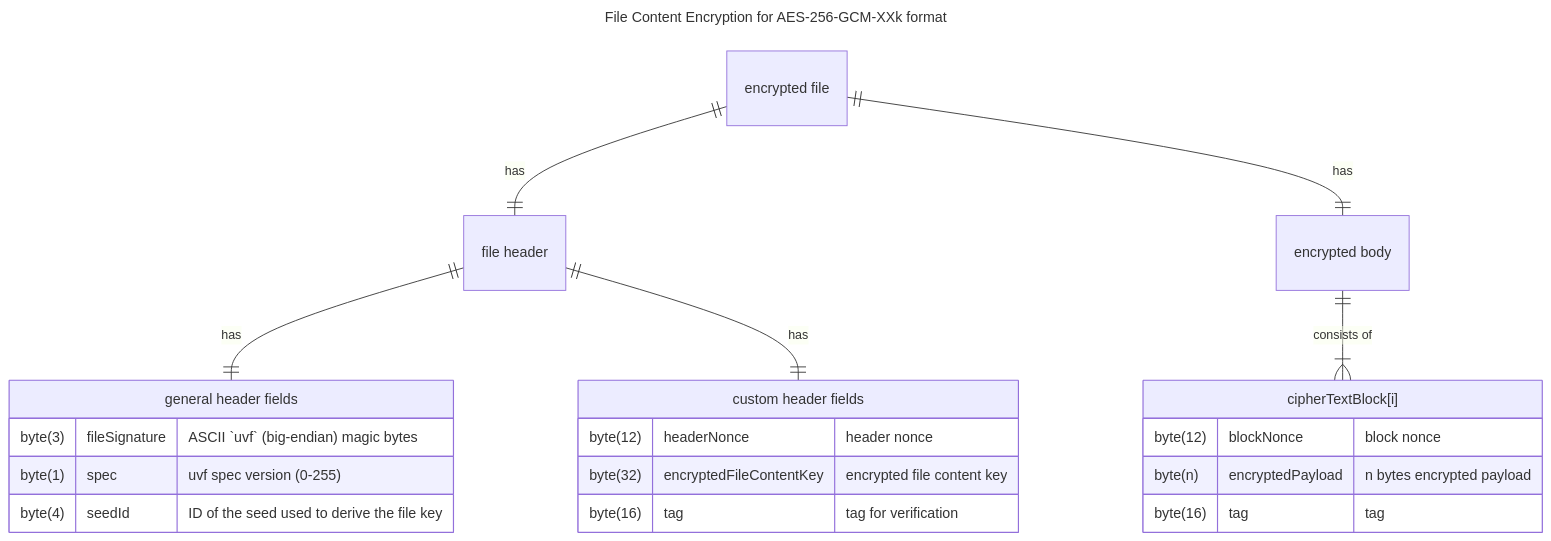
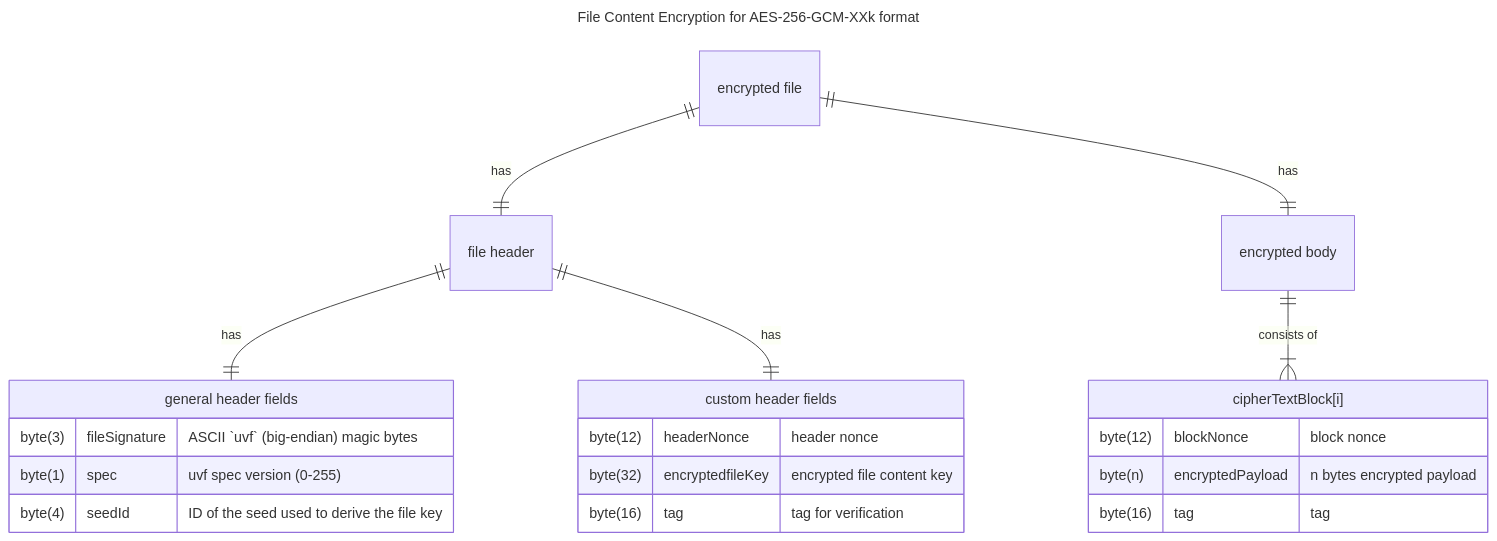
The second of 2 diagrams in file content encryption/AES-256-GCM.md (encryption-alliance/unified-vault-format), drawn with Mermaid before and after one commit. The commit also changed other lines of this file, not shown here.

Commit message:
Revert re-naming fileKey to fileContentKey for now.

````diff
--- a/file content encryption/AES-256-GCM.md
+++ b/file content encryption/AES-256-GCM.md
@@ -66,34 +66,34 @@
 ```mermaid
 ---
 title: File Content Encryption for AES-256-GCM-XXk format
 ---
 erDiagram
     FILE["encrypted file"]
     FILE_HEADER["file header"]
     FILE_BODY["encrypted body"]
     FILE ||--|| FILE_HEADER: has
     FILE ||--|| FILE_BODY: has
 
     FILE_HEADER ||--|| GENERALHEADERFIELDS: has
     FILE_HEADER ||--|| CUSTOMHEADERFIELDS: has
 
     FILE_BODY ||--|{ CIPHERTEXTBLOCK: "consists of"
 
     GENERALHEADERFIELDS["general header fields"] {
         byte(3) fileSignature "ASCII `uvf` (big-endian) magic bytes"
         byte(1) spec "uvf spec version (0-255)"
         byte(4) seedId "ID of the seed used to derive the file key"
     }
 
     CUSTOMHEADERFIELDS["custom header fields"] {
         byte(12) headerNonce "header nonce"
-        byte(32) encryptedFileContentKey "encrypted file content key"
+        byte(32) encryptedfileKey "encrypted file content key"
         byte(16) tag "tag for verification"
     }
 
     CIPHERTEXTBLOCK["cipherTextBlock[i]"] {
         byte(12) blockNonce "block nonce"
         byte(n) encryptedPayload "n bytes encrypted payload"
         byte(16) tag "tag"
     }
 ```
````
